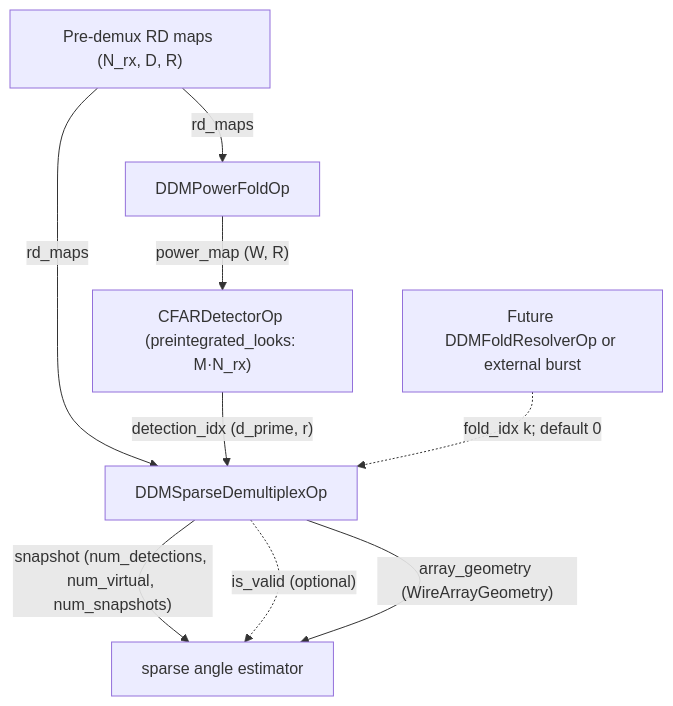
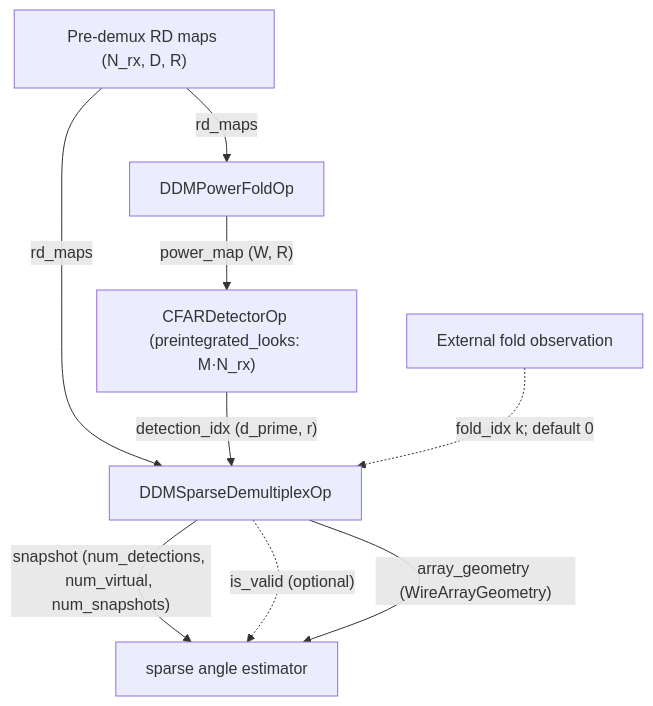
One commit to nvidia-holoscan/holoscan-radar changed the ninth of 9 diagrams in docs/planning/WORKFLOWS.md. Above: the diagram before and after it, drawn with Mermaid. The commit also changed other lines of this file and 7 other files, not shown here.

````diff
--- a/docs/planning/WORKFLOWS.md
+++ b/docs/planning/WORKFLOWS.md
@@ -267,11 +267,11 @@
 ```mermaid
 flowchart TD
   DOPP["Pre-demux RD maps (N_rx, D, R)"] -->|"rd_maps"| FOLD["DDMPowerFoldOp"]
   FOLD -->|"power_map (W, R)"| CFAR["CFARDetectorOp (preintegrated_looks: M·N_rx)"]
   DOPP -->|"rd_maps"| SPARSE["DDMSparseDemultiplexOp"]
   CFAR -->|"detection_idx (d_prime, r)"| SPARSE
-  RESOLVE["Future DDMFoldResolverOp or external burst"] -.->|"fold_idx k; default 0"| SPARSE
+  FOLD_SOURCE["External fold observation"] -.->|"fold_idx k; default 0"| SPARSE
   SPARSE -->|"snapshot (num_detections, num_virtual, num_snapshots)"| EST["sparse angle estimator"]
   SPARSE -.->|"is_valid (optional)"| EST
   SPARSE -->|"array_geometry (WireArrayGeometry)"| EST
 ```
````
